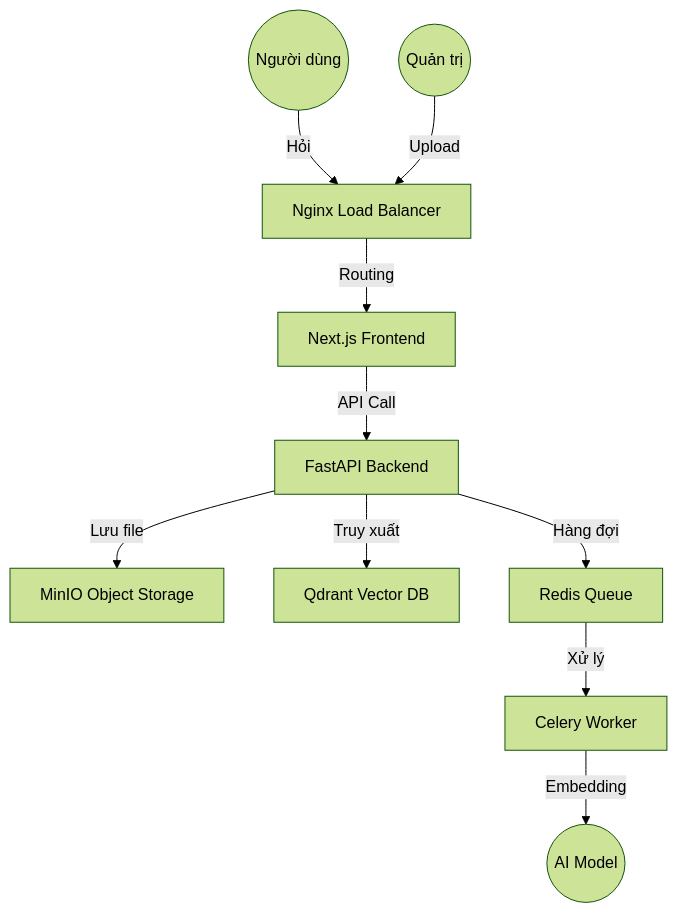
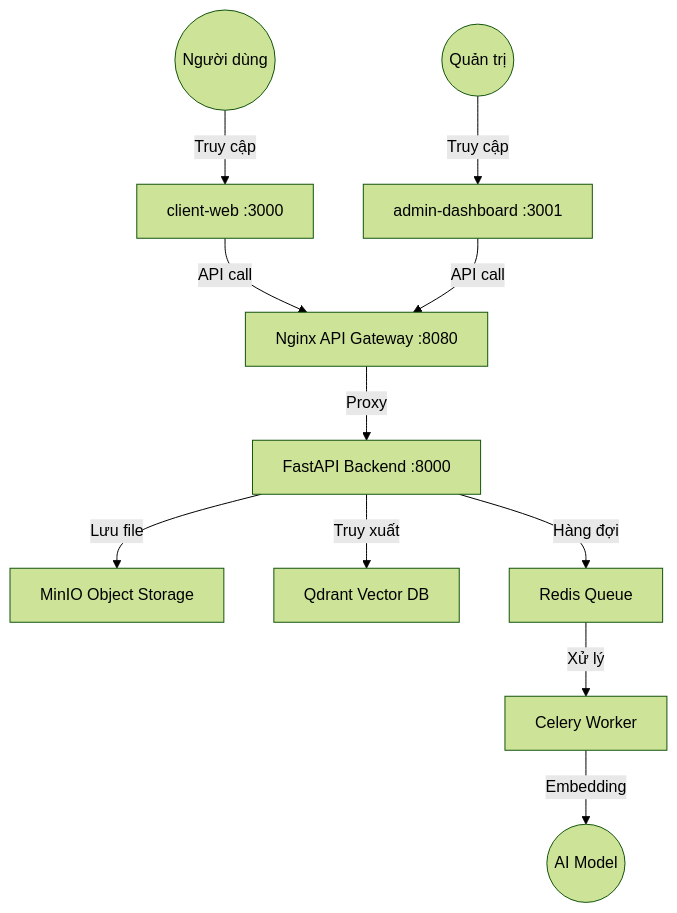
The diagram in README.md (dai9u9r3jTienOofwm/AI_System_Group_Project), drawn with Mermaid (forest theme) before and after one commit. The commit also changed other lines of this file and 7 other files, not shown here.

Commit message:
Add load balancer via nginx

````diff
--- a/README.md
+++ b/README.md
@@ -62,12 +66,13 @@
 ```mermaid
 graph TD
-    User((Người dùng)) -->|Hỏi| LB[Nginx Load Balancer]
-    Admin((Quản trị)) -->|Upload| LB
-    LB -->|Routing| FE[Next.js Frontend]
-    FE -->|API Call| BE[FastAPI Backend]
+    User((Người dùng)) -->|Truy cập| FE[client-web :3000]
+    Admin((Quản trị)) -->|Truy cập| AD[admin-dashboard :3001]
+    FE -->|API call| GW[Nginx API Gateway :8080]
+    AD -->|API call| GW
+    GW -->|Proxy| BE[FastAPI Backend :8000]
     BE -->|Lưu file| S3[MinIO Object Storage]
     BE -->|Truy xuất| VDB[Qdrant Vector DB]
     BE -->|Hàng đợi| RD[Redis Queue]
     RD -->|Xử lý| WK[Celery Worker]
     WK -->|Embedding| LLM((AI Model))
-``` 
+```
````
